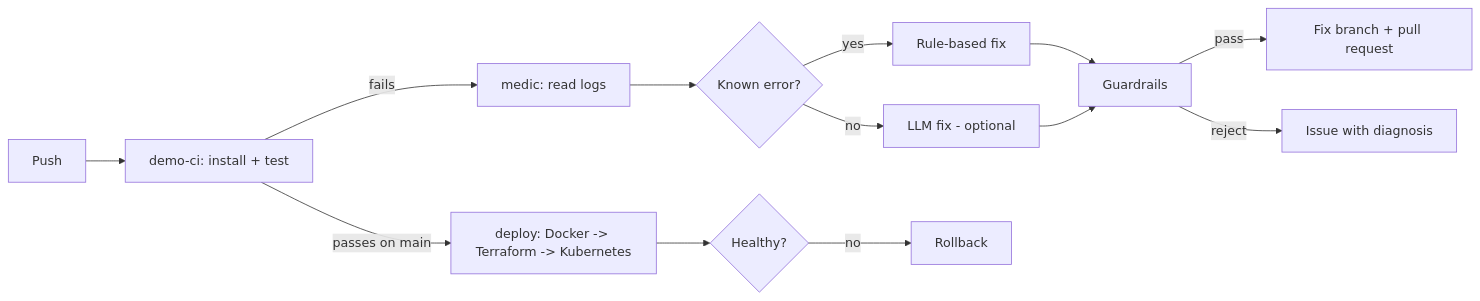
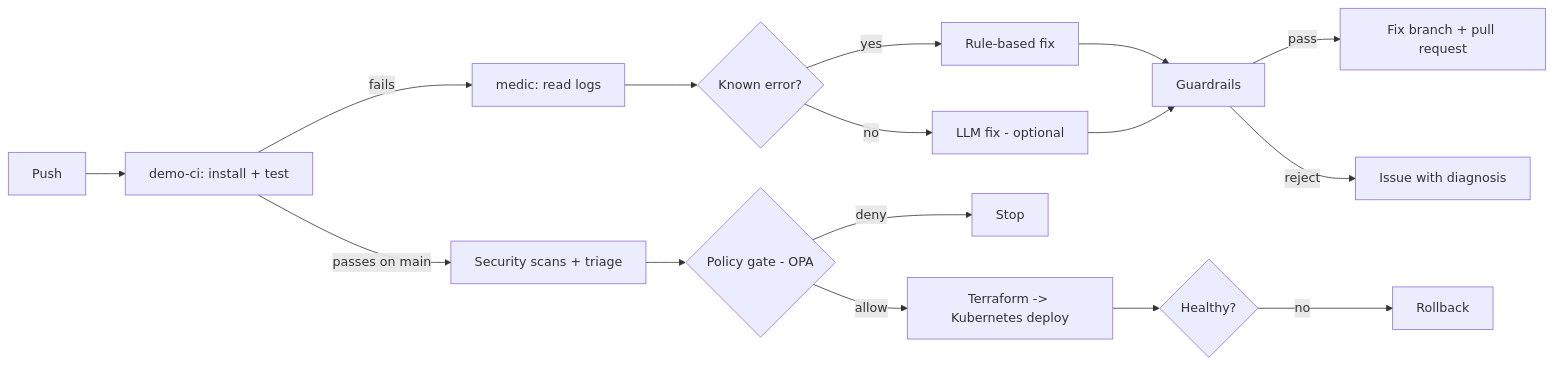
Before and after one commit to ayushanand27/pipeline-medic: the diagram in README.md, drawn with Mermaid. The commit also changed other lines of this file, not shown here.

````diff
--- a/README.md
+++ b/README.md
@@ -7,15 +9,18 @@
 ```mermaid
 flowchart LR
     A[Push] --> B[demo-ci: install + test]
     B -- fails --> C[medic: read logs]
     C --> D{Known error?}
     D -- yes --> E[Rule-based fix]
     D -- no --> F[LLM fix - optional]
     E --> G[Guardrails]
     F --> G
     G -- pass --> H[Fix branch + pull request]
     G -- reject --> I[Issue with diagnosis]
-    B -- passes on main --> J[deploy: Docker -> Terraform -> Kubernetes]
+    B -- passes on main --> S[Security scans + triage]
+    S --> P{Policy gate - OPA}
+    P -- deny --> X[Stop]
+    P -- allow --> J[Terraform -> Kubernetes deploy]
     J --> K{Healthy?}
     K -- no --> L[Rollback]
 ```
````
